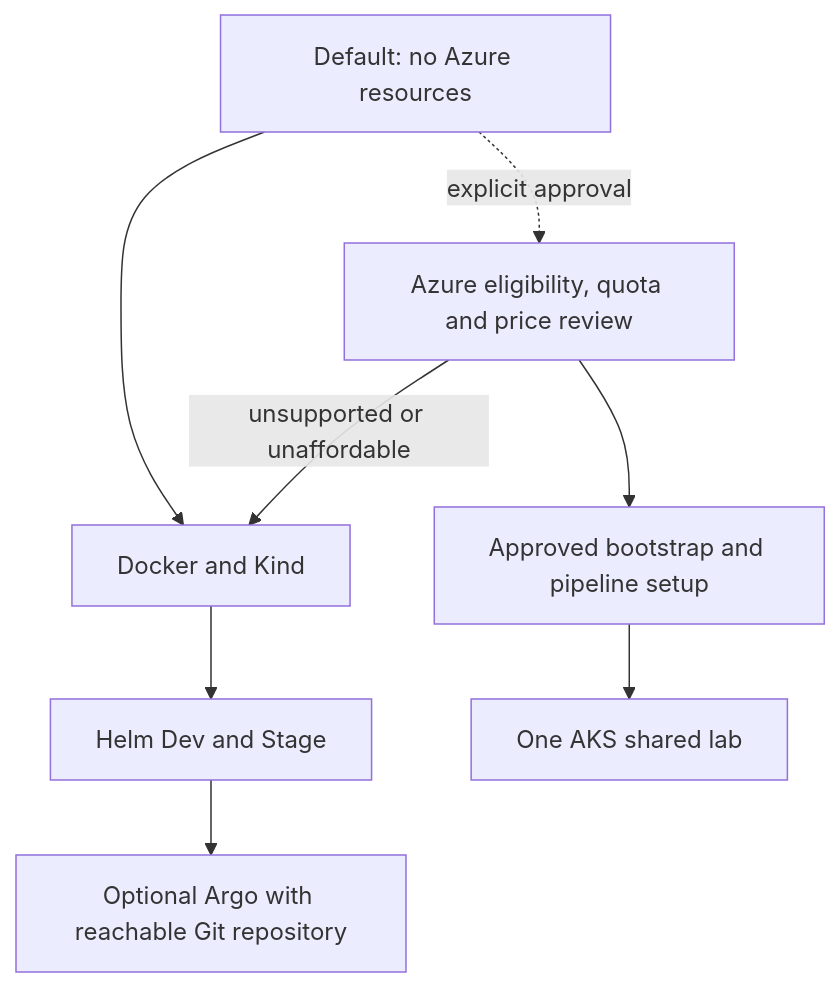
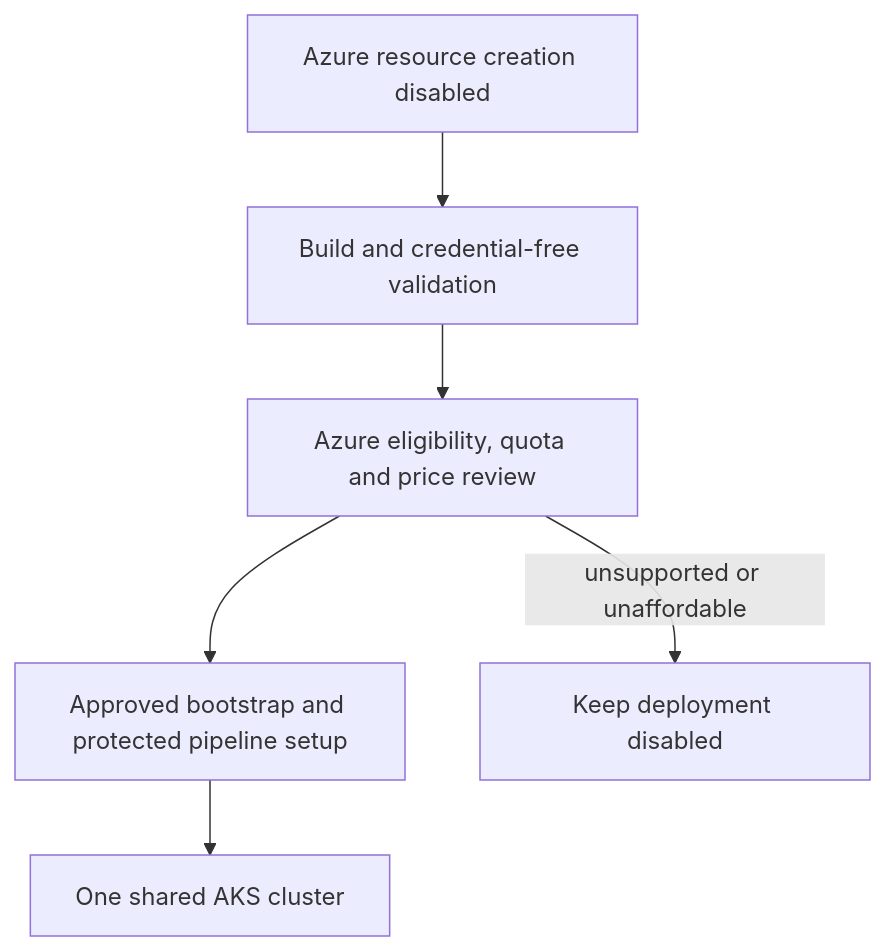
Diagram 14 of 14 in docs/architecture.md (shakeer7/ado-tf), drawn with Mermaid before and after one commit. The commit also changed other lines of this file and 47 other files, not shown here.

Commit message:
Remove local deployment support and target Azure AKS only

````diff
--- a/docs/architecture.md
+++ b/docs/architecture.md
@@ -195,10 +195,8 @@
 ```mermaid
 flowchart TD
-  START[Default: no Azure resources] --> LOCAL[Docker and Kind]
-  LOCAL --> H[Helm Dev and Stage]
-  H --> G[Optional Argo with reachable Git repository]
-  START -. explicit approval .-> PRE[Azure eligibility, quota and price review]
-  PRE --> APPROVED[Approved bootstrap and pipeline setup]
-  APPROVED --> AZ[One AKS shared lab]
-  PRE -->|unsupported or unaffordable| LOCAL
+  START[Azure resource creation disabled] --> CHECK[Build and credential-free validation]
+  CHECK --> PRE[Azure eligibility, quota and price review]
+  PRE --> APPROVED[Approved bootstrap and protected pipeline setup]
+  APPROVED --> AZ[One shared AKS cluster]
+  PRE -->|unsupported or unaffordable| WAIT[Keep deployment disabled]
 ```
````
